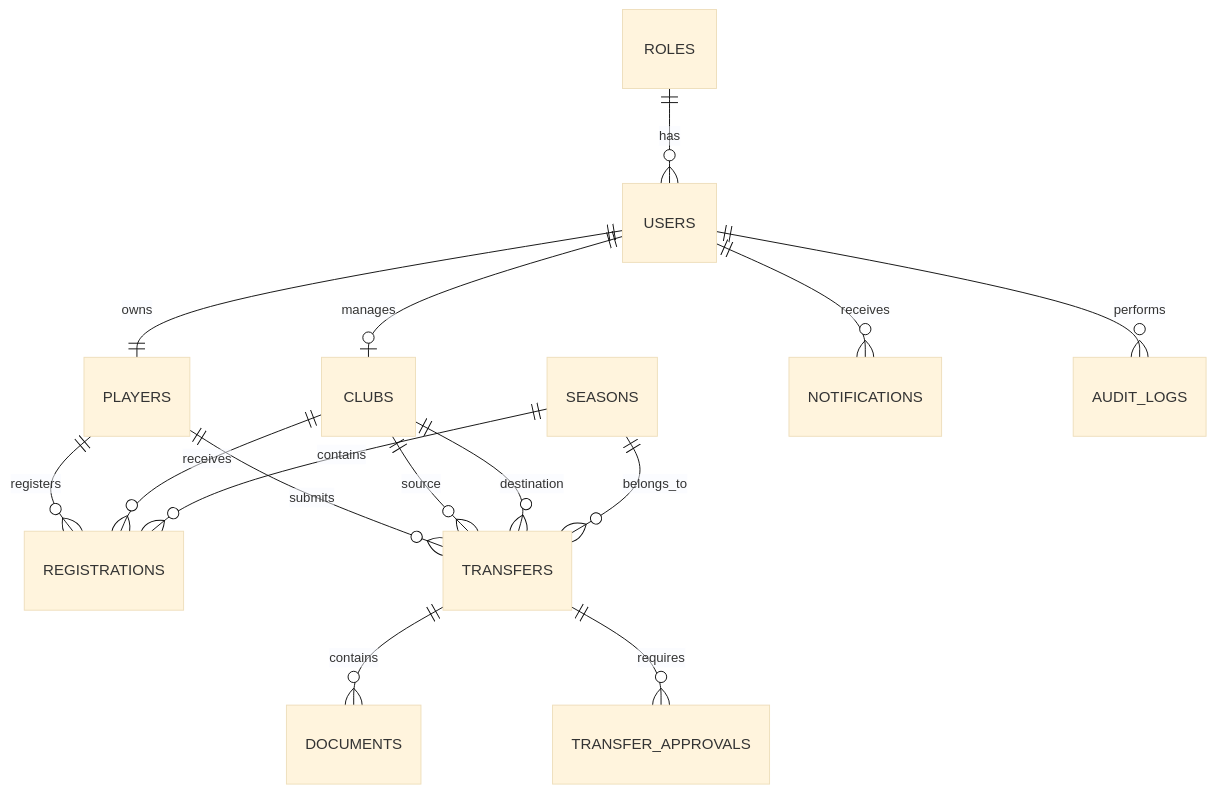
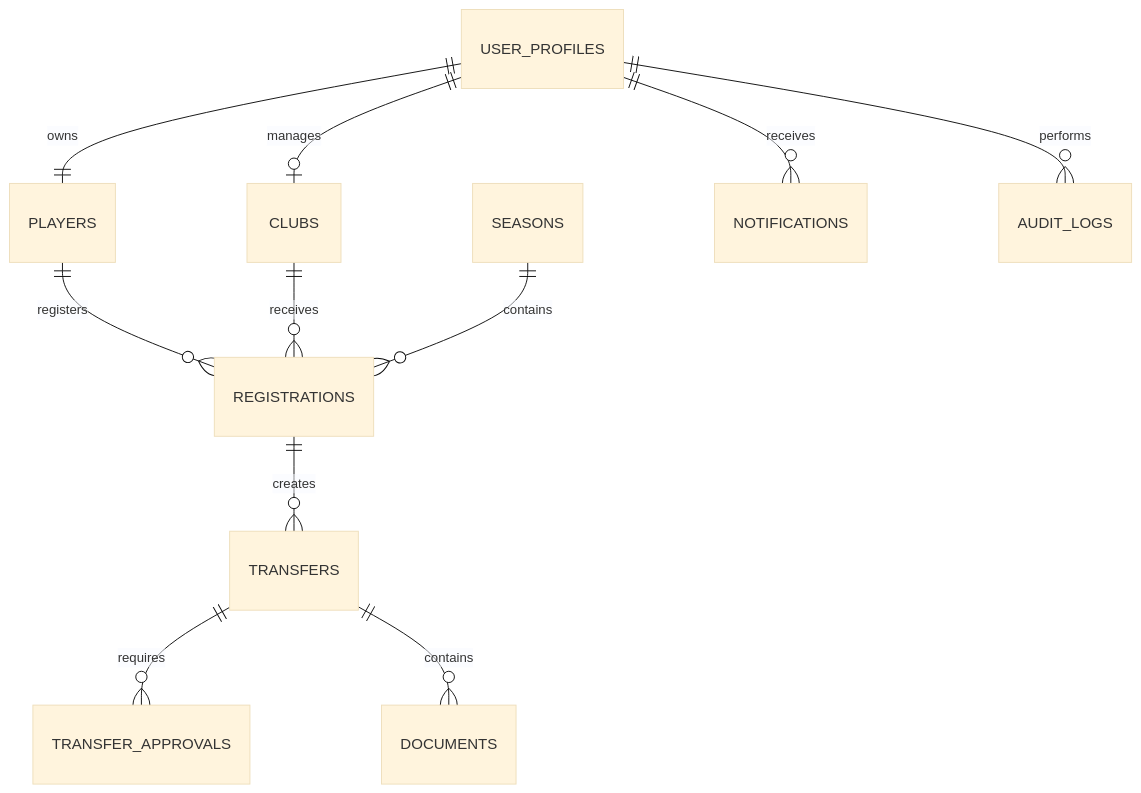
The diagram in docs/erd.md (Hominid2653/kncl-portal), drawn with Mermaid (base theme) before and after one commit. The commit also changed other lines of this file and 4 other files, not shown here.

````diff
--- a/docs/erd.md
+++ b/docs/erd.md
@@ -3,31 +3,23 @@
 ```mermaid
 erDiagram
 
-ROLES ||--o{ USERS : has
+USER_PROFILES ||--|| PLAYERS : owns
 
-USERS ||--|| PLAYERS : owns
-
-USERS ||--o| CLUBS : manages
+USER_PROFILES ||--o| CLUBS : manages
 
 PLAYERS ||--o{ REGISTRATIONS : registers
 
 CLUBS ||--o{ REGISTRATIONS : receives
 
 SEASONS ||--o{ REGISTRATIONS : contains
 
-PLAYERS ||--o{ TRANSFERS : submits
+REGISTRATIONS ||--o{ TRANSFERS : creates
 
-CLUBS ||--o{ TRANSFERS : source
-
-CLUBS ||--o{ TRANSFERS : destination
-
-SEASONS ||--o{ TRANSFERS : belongs_to
+TRANSFERS ||--o{ TRANSFER_APPROVALS : requires
 
 TRANSFERS ||--o{ DOCUMENTS : contains
 
-TRANSFERS ||--o{ TRANSFER_APPROVALS : requires
+USER_PROFILES ||--o{ NOTIFICATIONS : receives
 
-USERS ||--o{ NOTIFICATIONS : receives
-
-USERS ||--o{ AUDIT_LOGS : performs
+USER_PROFILES ||--o{ AUDIT_LOGS : performs
 ```
````
